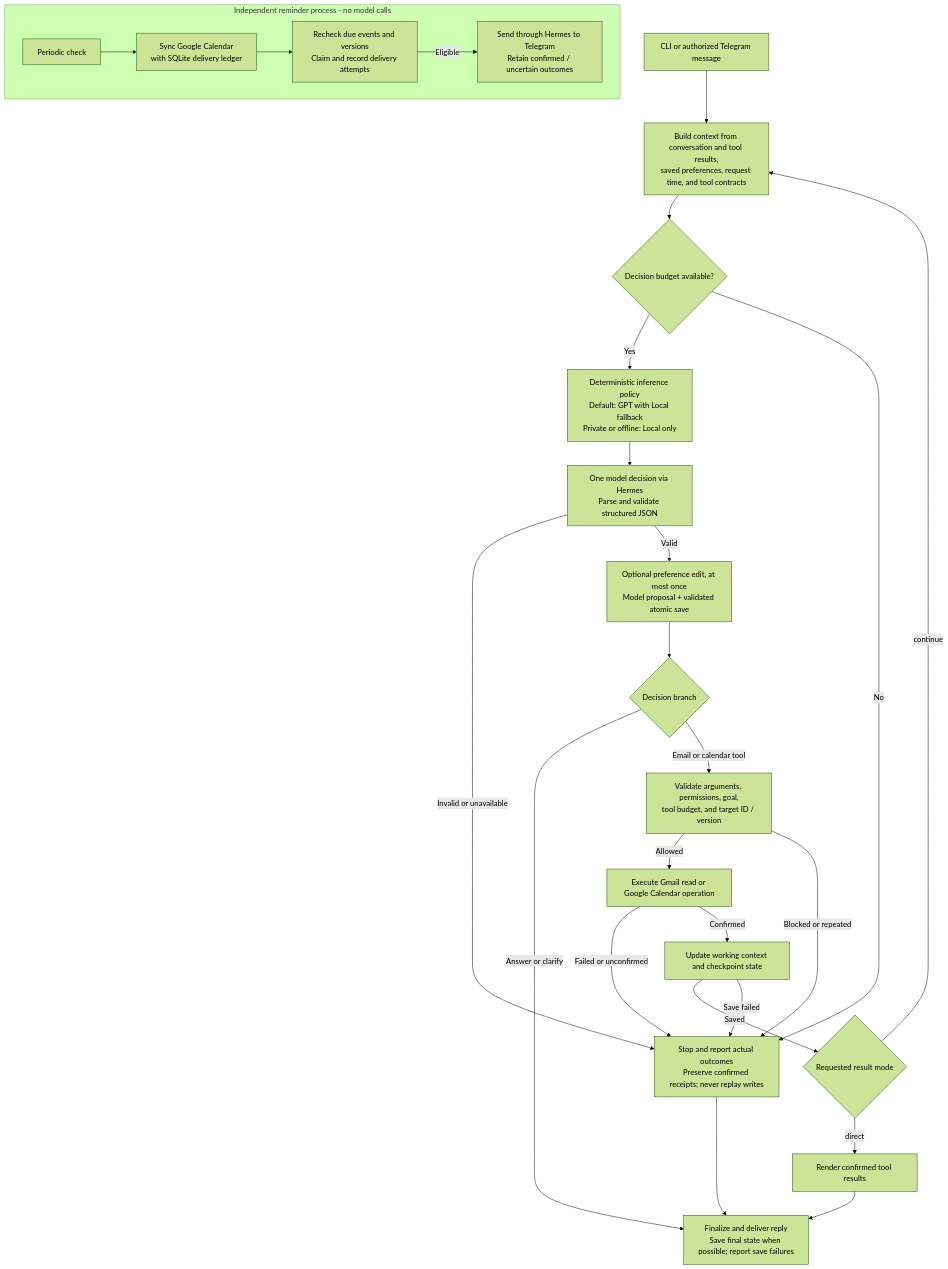
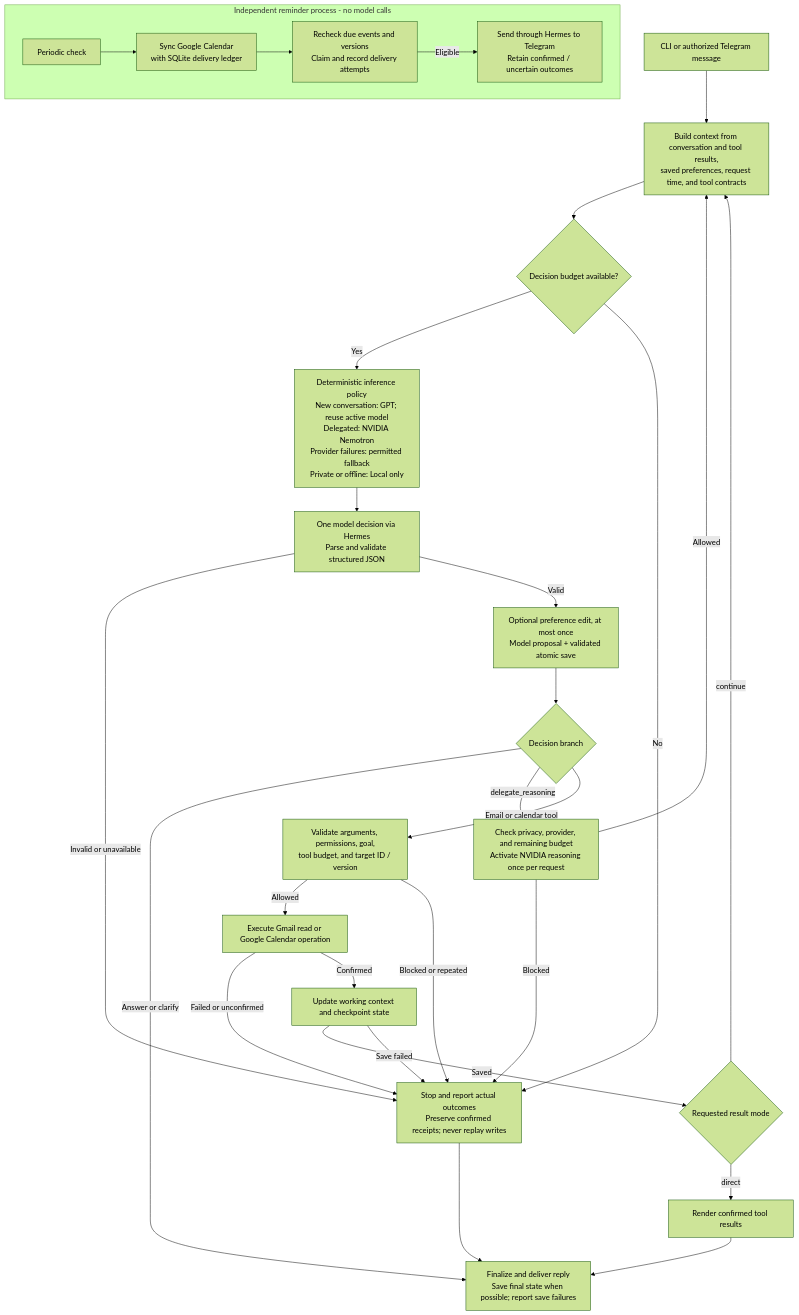
One commit to fyp-666/Personal-Assistant-with-Hybrid-LLM-Architecture changed the diagram in README.md. Above: the diagram before and after it, drawn with Mermaid (forest theme). The commit also changed other lines of this file and 10 other files, not shown here.

Commit message:
Adding model applicability logic and inference branch (NVIDIA)

````diff
--- a/README.md
+++ b/README.md
@@ -21,29 +22,32 @@
 ```mermaid
 flowchart TD
     Input["CLI or authorized Telegram message"] --> Context["Build context from conversation and tool results,<br/>saved preferences, request time, and tool contracts"]
     Context --> Budget{"Decision budget available?"}
-    Budget -->|Yes| Route["Deterministic inference policy<br/>Default: GPT with Local fallback<br/>Private or offline: Local only"]
+    Budget -->|Yes| Route["Deterministic inference policy<br/>New conversation: GPT; reuse active model<br/>Delegated: NVIDIA Nemotron<br/>Provider failures: permitted fallback<br/>Private or offline: Local only"]
     Route --> Decide["One model decision via Hermes<br/>Parse and validate structured JSON"]
     Decide -->|Invalid or unavailable| Stop["Stop and report actual outcomes<br/>Preserve confirmed receipts; never replay writes"]
     Decide -->|Valid| Memory["Optional preference edit, at most once<br/>Model proposal + validated atomic save"]
     Memory --> Branch{"Decision branch"}
     Branch -->|Answer or clarify| Finish["Finalize and deliver reply<br/>Save final state when possible; report save failures"]
+    Branch -->|delegate_reasoning| Handoff["Check privacy, provider, and remaining budget<br/>Activate NVIDIA reasoning once per request"]
+    Handoff -->|Allowed| Context
+    Handoff -->|Blocked| Stop
     Branch -->|Email or calendar tool| Guard["Validate arguments, permissions, goal,<br/>tool budget, and target ID / version"]
     Guard -->|Allowed| Tool["Execute Gmail read or Google Calendar operation"]
     Guard -->|Blocked or repeated| Stop
     Tool -->|Failed or unconfirmed| Stop
     Tool -->|Confirmed| Checkpoint["Update working context and checkpoint state"]
     Checkpoint -->|Saved| Mode{"Requested result mode"}
     Checkpoint -->|Save failed| Stop
     Mode -->|direct| Render["Render confirmed tool results"]
     Render --> Finish
     Mode -->|continue| Context
     Budget -->|No| Stop
     Stop --> Finish
 
     subgraph Reminders["Independent reminder process - no model calls"]
         Tick["Periodic check"] --> Sync["Sync Google Calendar<br/>with SQLite delivery ledger"]
         Sync --> Due["Recheck due events and versions<br/>Claim and record delivery attempts"]
         Due -->|Eligible| Send["Send through Hermes to Telegram<br/>Retain confirmed / uncertain outcomes"]
     end
 ```
````
